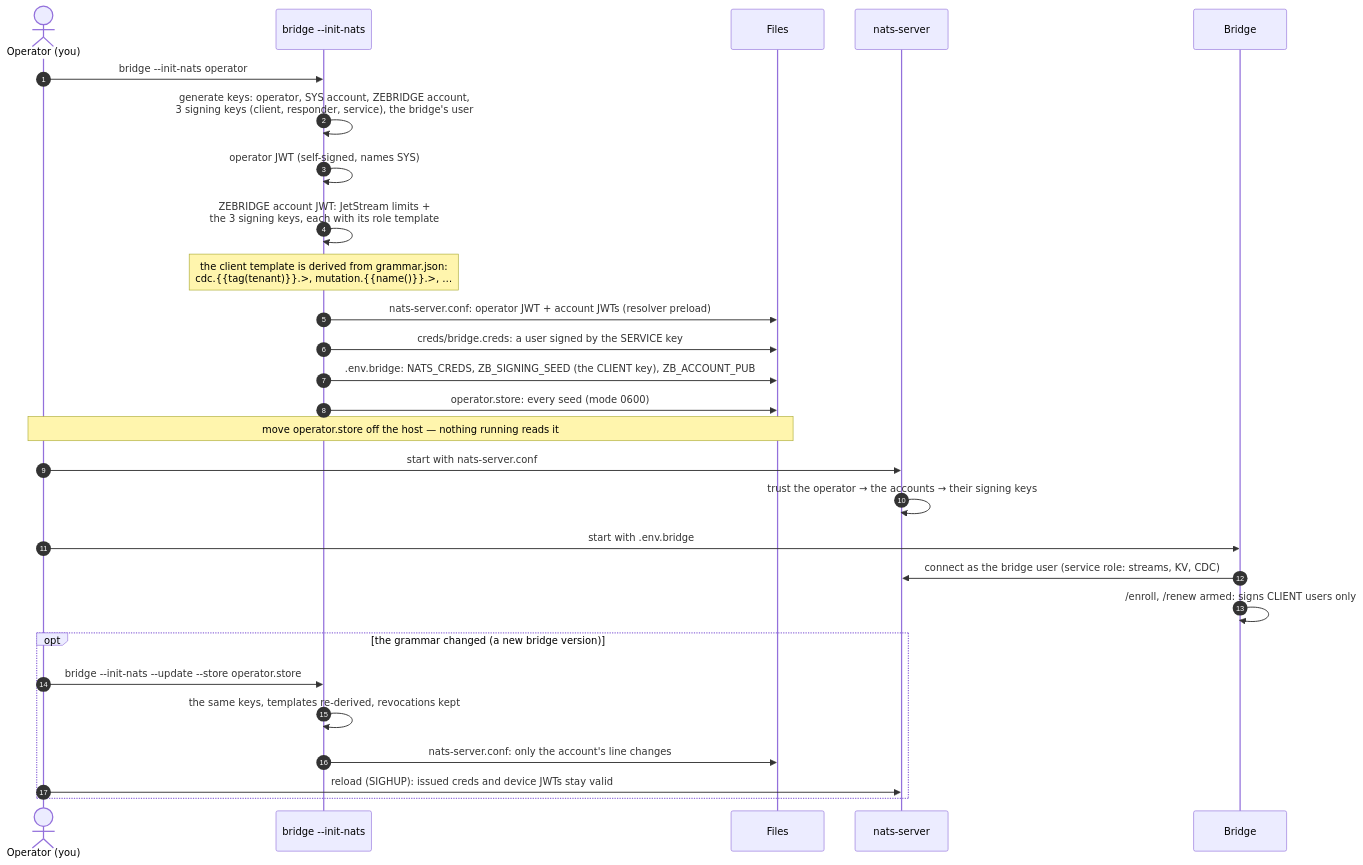
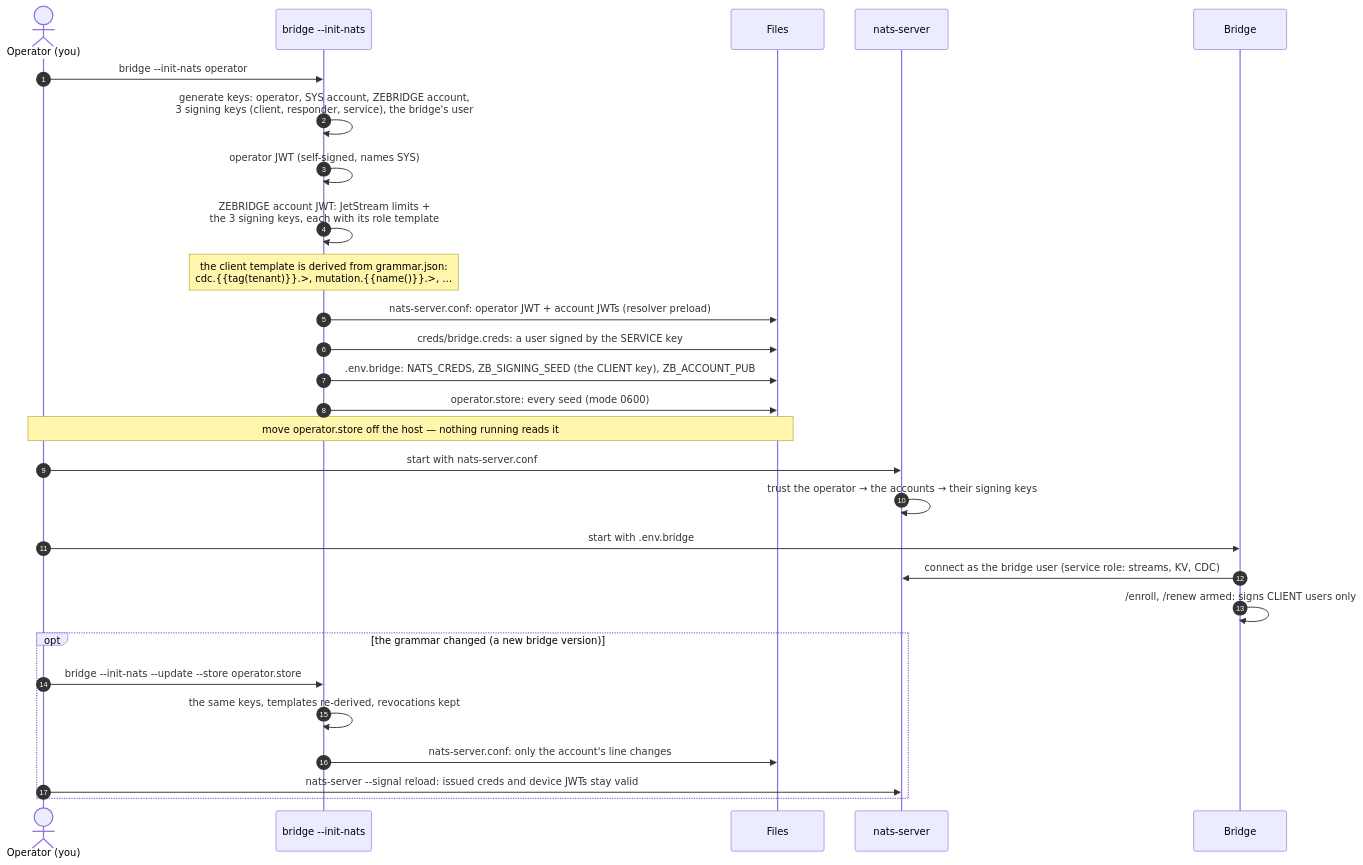
One commit to ndrean/ZeBridge changed the fourth of 6 diagrams in README.md. Above: the diagram before and after it, drawn with Mermaid. The commit also changed other lines of this file and 25 other files, not shown here.

````diff
--- a/README.md
+++ b/README.md
@@ -1723,33 +1805,33 @@
 ```mermaid
 sequenceDiagram
     autonumber
     actor Op as Operator (you)
     participant CLI as bridge --init-nats
     participant F as Files
     participant N as nats-server
     participant B as Bridge
 
     Op->>CLI: bridge --init-nats operator
     CLI->>CLI: generate keys: operator, SYS account, ZEBRIDGE account,<br/>3 signing keys (client, responder, service), the bridge's user
     CLI->>CLI: operator JWT (self-signed, names SYS)
     CLI->>CLI: ZEBRIDGE account JWT: JetStream limits +<br/>the 3 signing keys, each with its role template
     Note over CLI: the client template is derived from grammar.json:<br/>cdc.{{tag(tenant)}}.>, mutation.{{name()}}.>, …
     CLI->>F: nats-server.conf: operator JWT + account JWTs (resolver preload)
     CLI->>F: creds/bridge.creds: a user signed by the SERVICE key
     CLI->>F: .env.bridge: NATS_CREDS, ZB_SIGNING_SEED (the CLIENT key), ZB_ACCOUNT_PUB
     CLI->>F: operator.store: every seed (mode 0600)
     Note over Op,F: move operator.store off the host — nothing running reads it
 
     Op->>N: start with nats-server.conf
     N->>N: trust the operator → the accounts → their signing keys
     Op->>B: start with .env.bridge
     B->>N: connect as the bridge user (service role: streams, KV, CDC)
     B->>B: /enroll, /renew armed: signs CLIENT users only
 
     opt the grammar changed (a new bridge version)
         Op->>CLI: bridge --init-nats --update --store operator.store
         CLI->>CLI: the same keys, templates re-derived, revocations kept
         CLI->>F: nats-server.conf: only the account's line changes
-        Op->>N: reload (SIGHUP): issued creds and device JWTs stay valid
+        Op->>N: nats-server --signal reload: issued creds and device JWTs stay valid
     end
 ```
````
